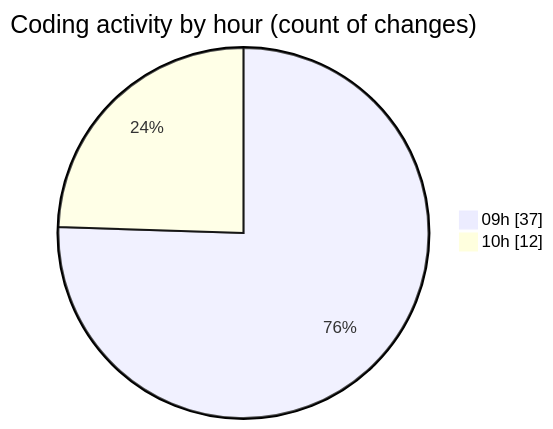
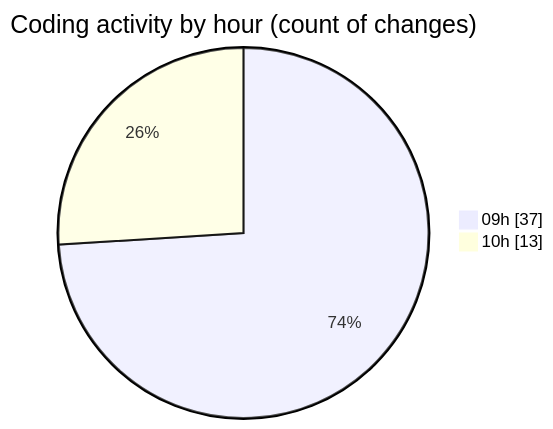
The second of 2 diagrams in 2026-04-23/cda/README.md (momahboobian/code-tracking), drawn with Mermaid before and after one commit. The commit also changed other lines of this file and 1 other file, not shown here.

````diff
--- a/2026-04-23/cda/README.md
+++ b/2026-04-23/cda/README.md
@@ -43,6 +44,6 @@
 ```mermaid
 pie showData
 title Coding activity by hour (count of changes)
 "09h" : 37
-"10h" : 12
+"10h" : 13
 ```
````
